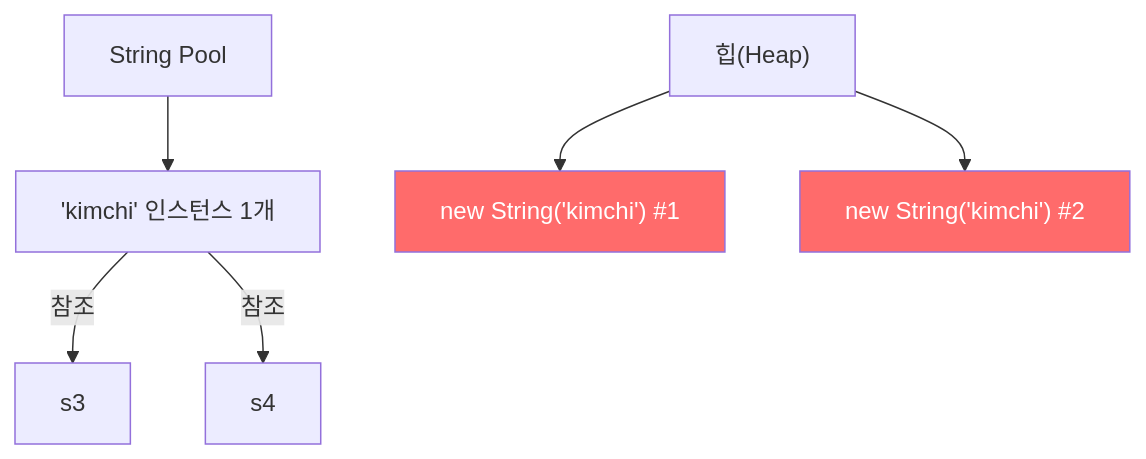
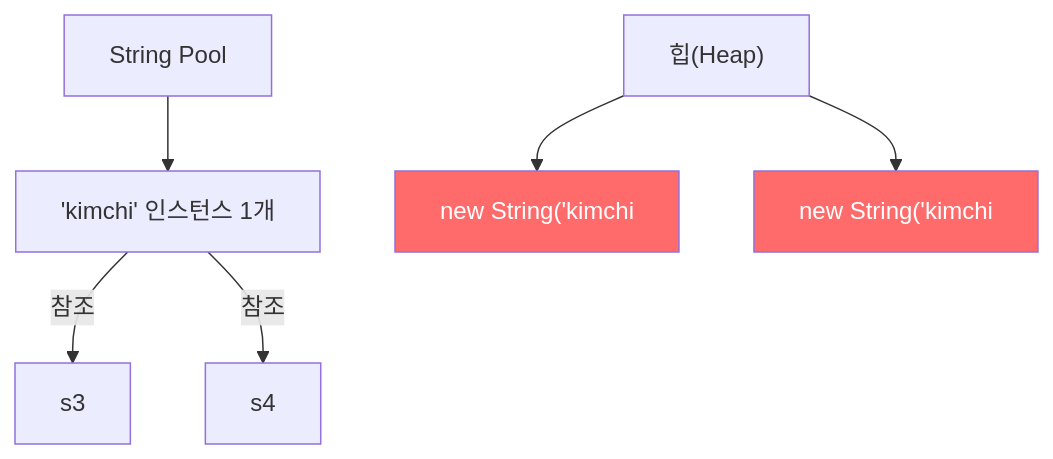
Before and after one commit to yjkim2015/yjkim2015.github.io: the first of 3 diagrams in _posts/java/2021-12-19-effective-java6.md, drawn with Mermaid. The commit also changed other lines of this file and 271 other files, not shown here.

First line of the commit message:
Mermaid 라벨 축소: 긴 노드 텍스트 18자 이하로 트림 + \n 제거

````diff
--- a/_posts/java/2021-12-19-effective-java6.md
+++ b/_posts/java/2021-12-19-effective-java6.md
@@ -32,10 +32,10 @@
 ```mermaid
 graph TD
     A["String Pool"] --> B["'kimchi' 인스턴스 1개"]
     B -->|"참조"| C["s3"]
     B -->|"참조"| D["s4"]
-    E["힙(Heap)"] --> F["new String('kimchi') #1"]
-    E --> G["new String('kimchi') #2"]
+    E["힙(Heap)"] --> F["new String('kimchi"]
+    E --> G["new String('kimchi"]
     style F fill:#ff6b6b,color:#fff
     style G fill:#ff6b6b,color:#fff
 ```
````
